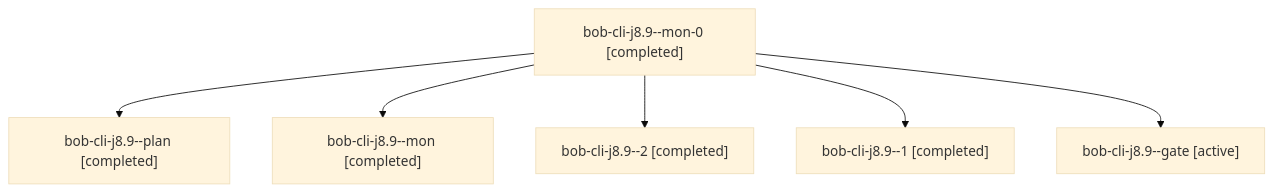
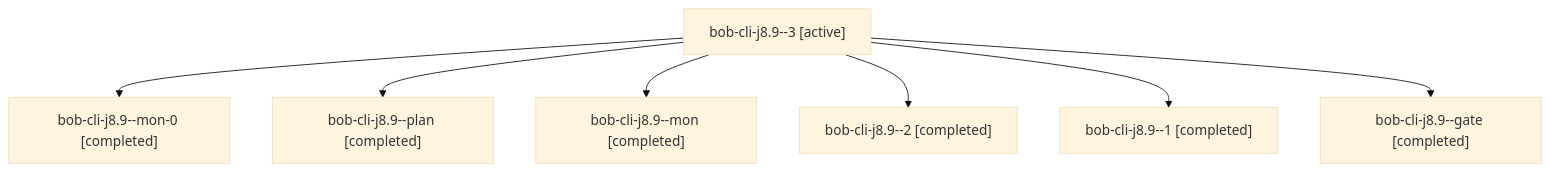
One commit to bobs-org/bob-cli--agents changed the diagram in sessions/bbugyi200.apollo.bob-cli-j8.9.md. Above: the diagram before and after it, drawn with Mermaid (base theme). The commit also changed other lines of this file and 97 other files, not shown here.

````diff
--- a/sessions/bbugyi200.apollo.bob-cli-j8.9.md
+++ b/sessions/bbugyi200.apollo.bob-cli-j8.9.md
@@ -9,14 +9,16 @@
 ```mermaid
 flowchart TD
-  n0["bob-cli-j8.9--mon-0 [completed]"]
-  n1["bob-cli-j8.9--plan [completed]"]
+  n0["bob-cli-j8.9--3 [active]"]
+  n1["bob-cli-j8.9--mon-0 [completed]"]
   n0 --> n1
-  n2["bob-cli-j8.9--mon [completed]"]
+  n2["bob-cli-j8.9--plan [completed]"]
   n0 --> n2
-  n3["bob-cli-j8.9--2 [completed]"]
+  n3["bob-cli-j8.9--mon [completed]"]
   n0 --> n3
-  n4["bob-cli-j8.9--1 [completed]"]
+  n4["bob-cli-j8.9--2 [completed]"]
   n0 --> n4
-  n5["bob-cli-j8.9--gate [active]"]
+  n5["bob-cli-j8.9--1 [completed]"]
   n0 --> n5
+  n6["bob-cli-j8.9--gate [completed]"]
+  n0 --> n6
 ```
````
